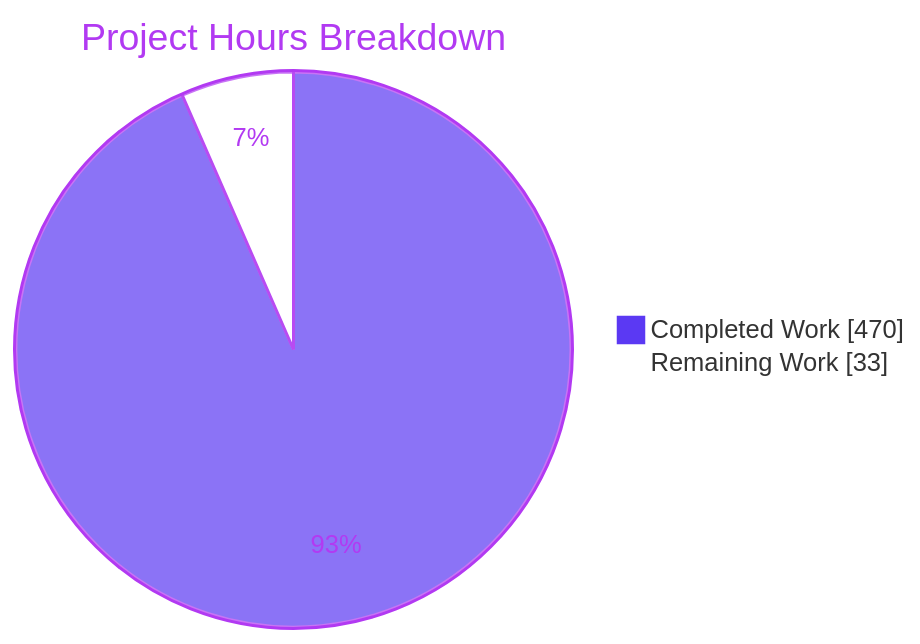
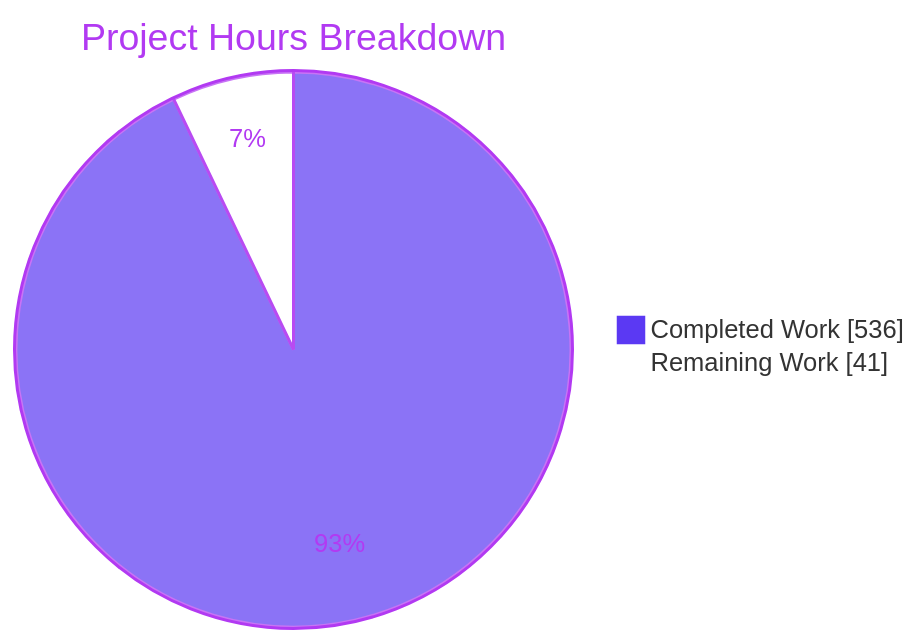
One commit to blitzy-public-samples/phuse-scripts changed the second of 3 diagrams in blitzy/documentation/Project Guide - 0eccb49b-cfd5-4271-9920-601ed7c17315.md. Above: the diagram before and after it, drawn with Mermaid. The commit also changed other lines of this file, not shown here.

Commit message:
Adding Blitzy Project Guide: Project Status and Human Tasks Remaining

````diff
--- a/blitzy/documentation/Project Guide - 0eccb49b-cfd5-4271-9920-601ed7c17315.md
+++ b/blitzy/documentation/Project Guide - 0eccb49b-cfd5-4271-9920-601ed7c17315.md
@@ -213,6 +229,6 @@
 ```mermaid
 %%{init: {"theme": "base", "themeVariables": {"pie1": "#5B39F3", "pie2": "#FFFFFF", "pieStrokeColor": "#B23AF2", "pieOuterStrokeColor": "#B23AF2", "pieTitleTextColor": "#B23AF2", "pieSectionTextColor": "#B23AF2"}}}%%
 pie showData title Project Hours Breakdown
-    "Completed Work" : 470
-    "Remaining Work" : 33
+    "Completed Work" : 536
+    "Remaining Work" : 41
 ```
````
